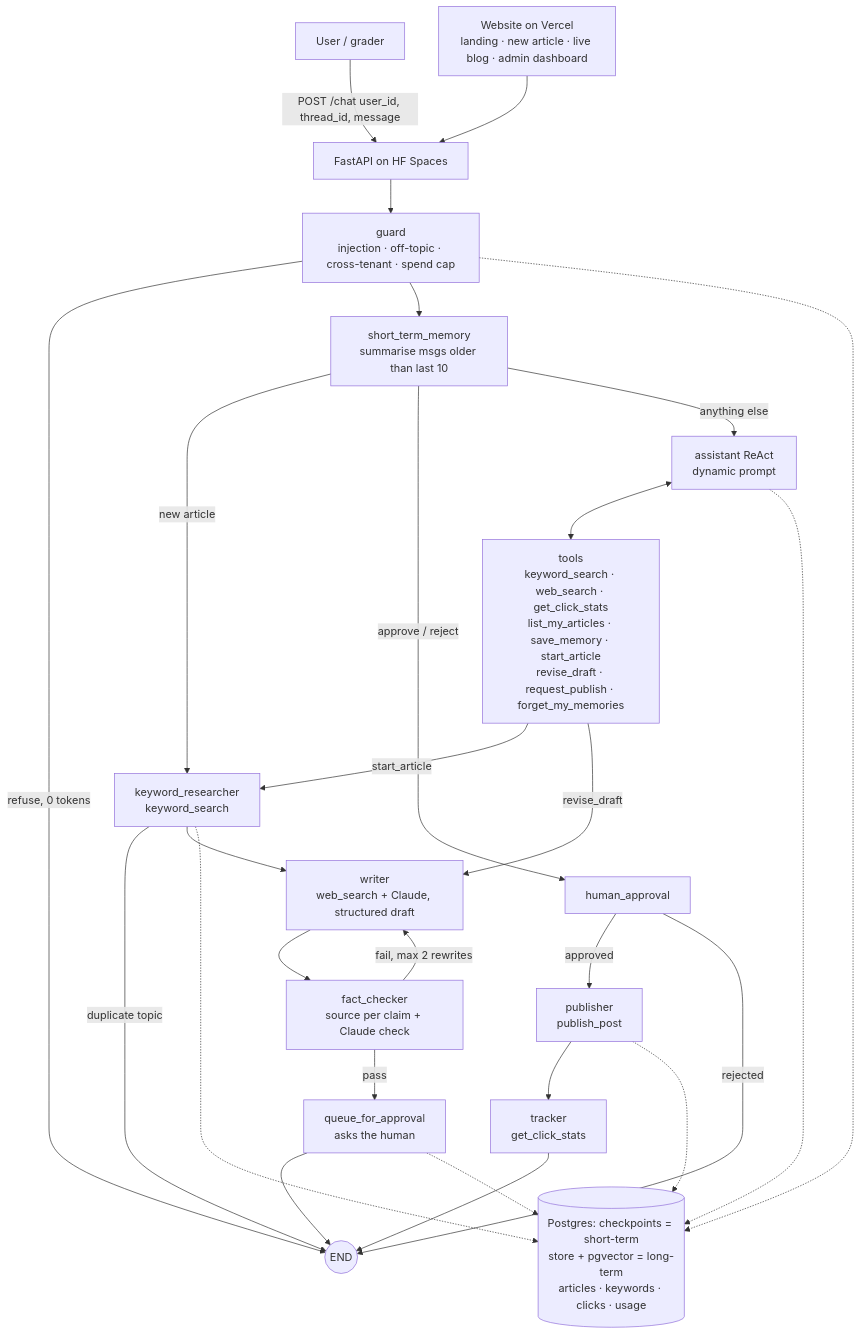
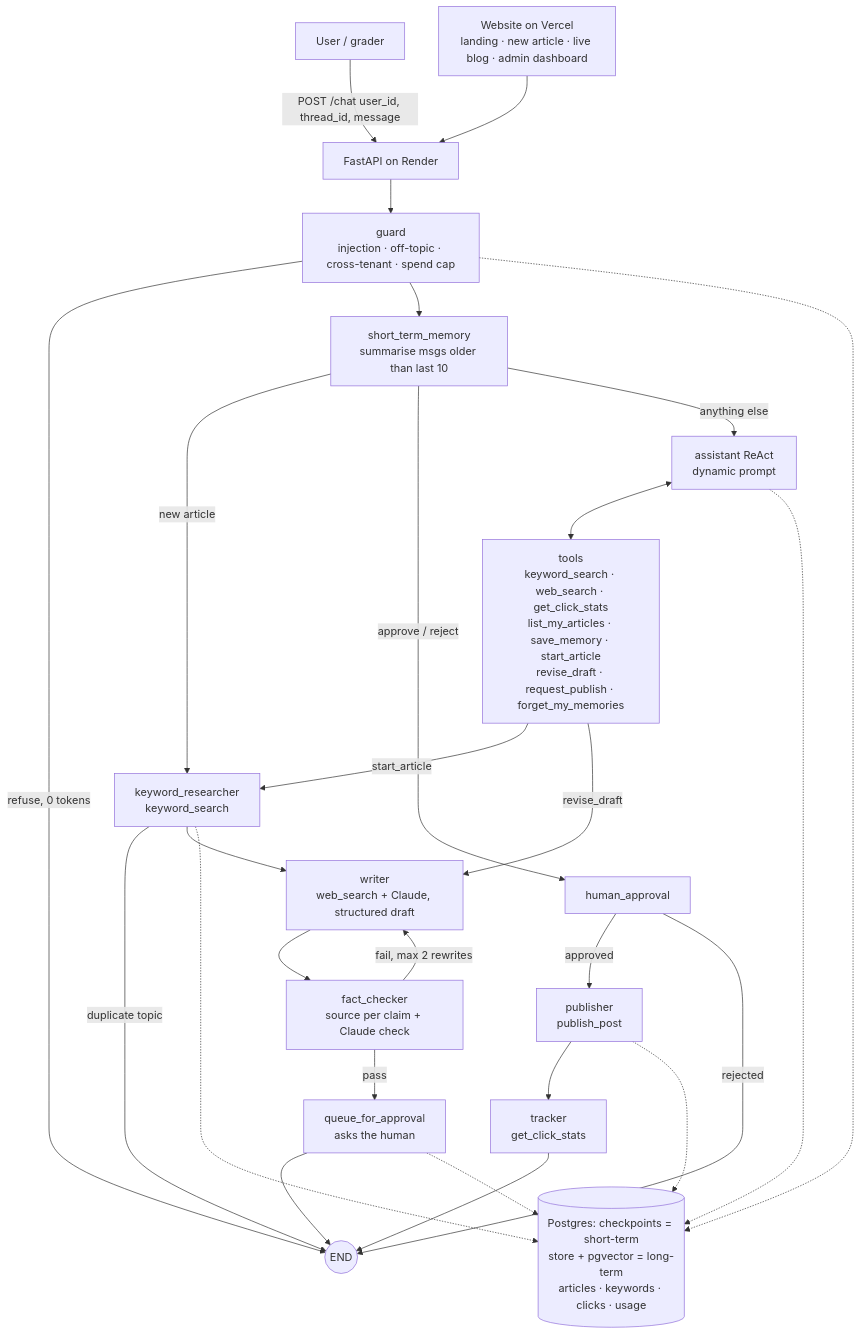
The diagram in README.md (salehamuhammad/RankForge), drawn with Mermaid before and after one commit. The commit also changed other lines of this file and 12 other files, not shown here.

````diff
--- a/README.md
+++ b/README.md
@@ -25,23 +25,23 @@
 ```mermaid
 flowchart TD
-    U[User / grader] -->|POST /chat user_id, thread_id, message| API[FastAPI on HF Spaces]
+    U[User / grader] -->|POST /chat user_id, thread_id, message| API[FastAPI on Render]
     W[Website on Vercel<br/>landing · new article · live blog · admin dashboard] --> API
     API --> G[guard<br/>injection · off-topic · cross-tenant · spend cap]
     G -->|refuse, 0 tokens| E((END))
     G --> STM[short_term_memory<br/>summarise msgs older than last 10]
     STM -->|new article| KR[keyword_researcher<br/>keyword_search]
     STM -->|approve / reject| HA[human_approval]
     STM -->|anything else| AS[assistant ReAct<br/>dynamic prompt]
     AS <--> T[tools<br/>keyword_search · web_search · get_click_stats<br/>list_my_articles · save_memory · start_article<br/>revise_draft · request_publish · forget_my_memories]
     T -->|start_article| KR
     T -->|revise_draft| WR
     KR -->|duplicate topic| E
     KR --> WR[writer<br/>web_search + Claude, structured draft]
     WR --> FC[fact_checker<br/>source per claim + Claude check]
     FC -->|fail, max 2 rewrites| WR
     FC -->|pass| Q[queue_for_approval<br/>asks the human]
     Q --> E
     HA -->|approved| P[publisher<br/>publish_post] --> TR[tracker<br/>get_click_stats] --> E
     HA -->|rejected| E
     G & AS & KR & Q & P -.-> DB[(Postgres: checkpoints = short-term<br/>store + pgvector = long-term<br/>articles · keywords · clicks · usage)]
 ```
````
